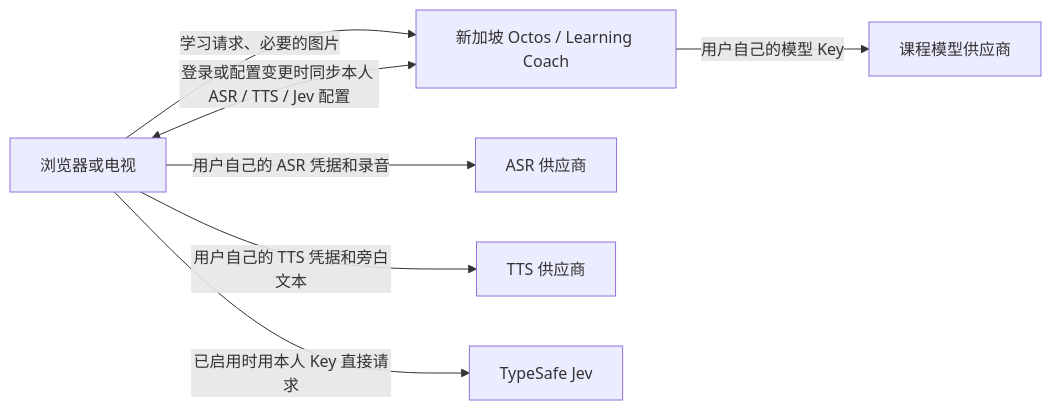
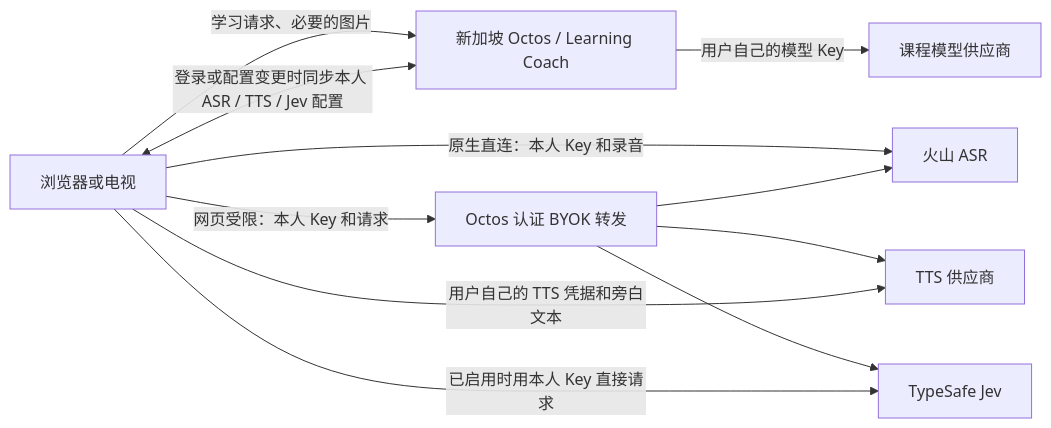
The diagram in docs/FULL_BYOK_IMPLEMENTATION_PLAN.md (octos-org/octos-learn), drawn with Mermaid before and after one commit. The commit also changed other lines of this file and 12 other files, not shown here.

````diff
--- a/docs/FULL_BYOK_IMPLEMENTATION_PLAN.md
+++ b/docs/FULL_BYOK_IMPLEMENTATION_PLAN.md
@@ -47,9 +47,13 @@
 ```mermaid
 flowchart LR
   C[浏览器或电视] -->|学习请求、必要的图片| S[新加坡 Octos / Learning Coach]
   S -->|用户自己的模型 Key| M[课程模型供应商]
   C <-->|登录或配置变更时同步本人 ASR / TTS / Jev 配置| S
-  C -->|用户自己的 ASR 凭据和录音| A[ASR 供应商]
+  C -->|原生直连：本人 Key 和录音| A[火山 ASR]
+  C -->|网页受限：本人 Key 和请求| R[Octos 认证 BYOK 转发]
+  R --> A
+  R --> T
+  R --> V
   C -->|用户自己的 TTS 凭据和旁白文本| T[TTS 供应商]
   C -->|已启用时用本人 Key 直接请求| V[TypeSafe Jev]
 ```
````
